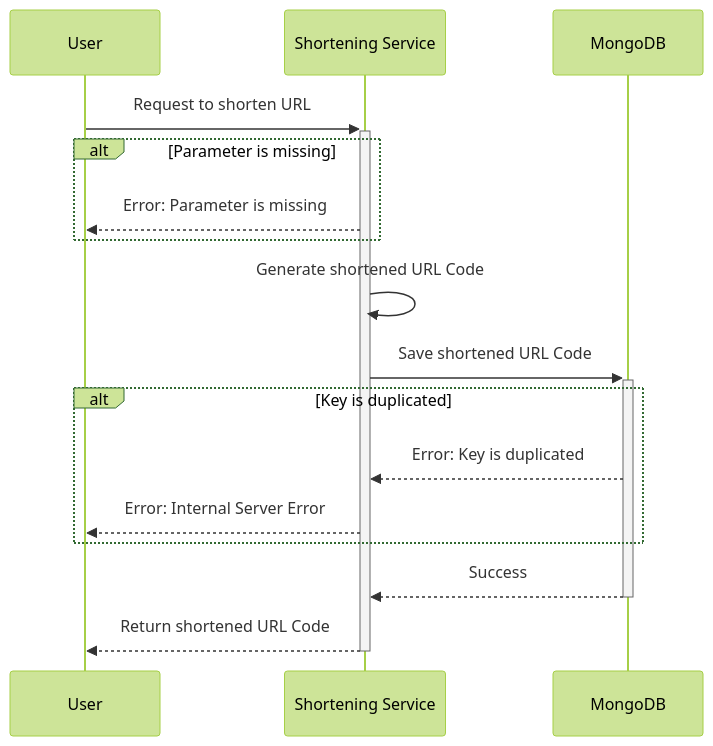
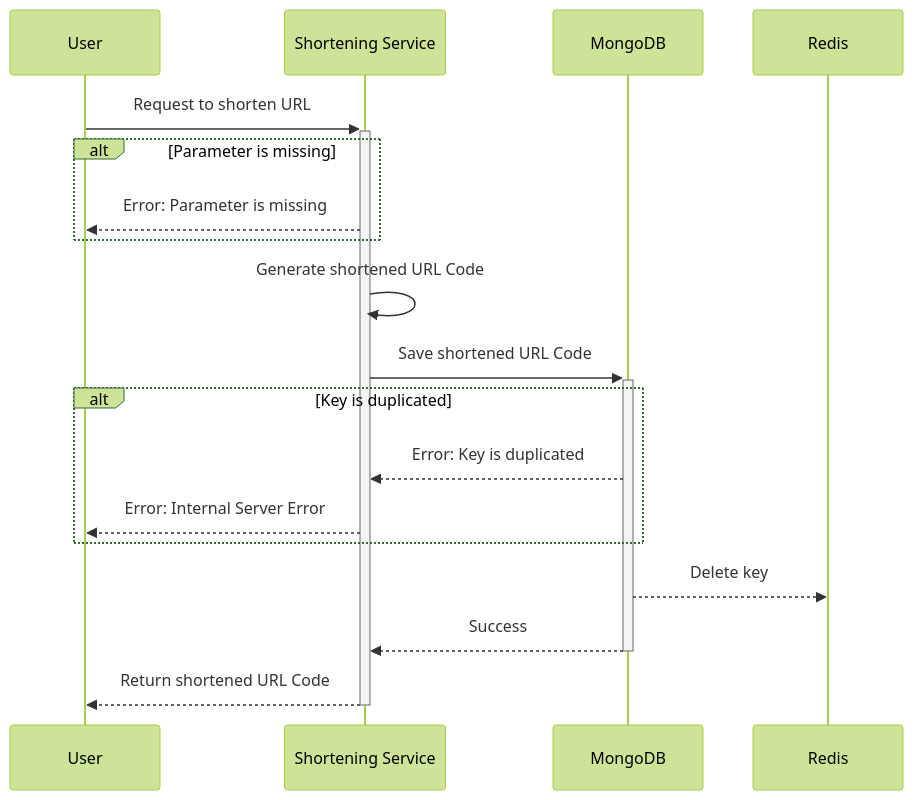
One commit to Zhima-Mochi/linkZapURL changed the diagram in docs/design/Shortening Service/sequentialDiagram.md. Above: the diagram before and after it, drawn with Mermaid (forest theme). The commit also changed 5 other files, not shown here.

````diff
--- a/docs/design/Shortening Service/sequentialDiagram.md
+++ b/docs/design/Shortening Service/sequentialDiagram.md
@@ -1,18 +1,20 @@
 ```mermaid
 sequenceDiagram
     participant User
     participant Shortening Service
     participant MongoDB
+    participant Redis
     User->>+Shortening Service: Request to shorten URL
     alt Parameter is missing
         Shortening Service-->>User: Error: Parameter is missing
     end
     Shortening Service->>Shortening Service: Generate shortened URL Code
     Shortening Service->>+MongoDB: Save shortened URL Code
     alt Key is duplicated
         MongoDB-->>Shortening Service: Error: Key is duplicated
         Shortening Service-->>User: Error: Internal Server Error
     end
+    MongoDB-->>Redis: Delete key
     MongoDB-->>-Shortening Service: Success
     Shortening Service-->>-User: Return shortened URL Code
 ```
````
